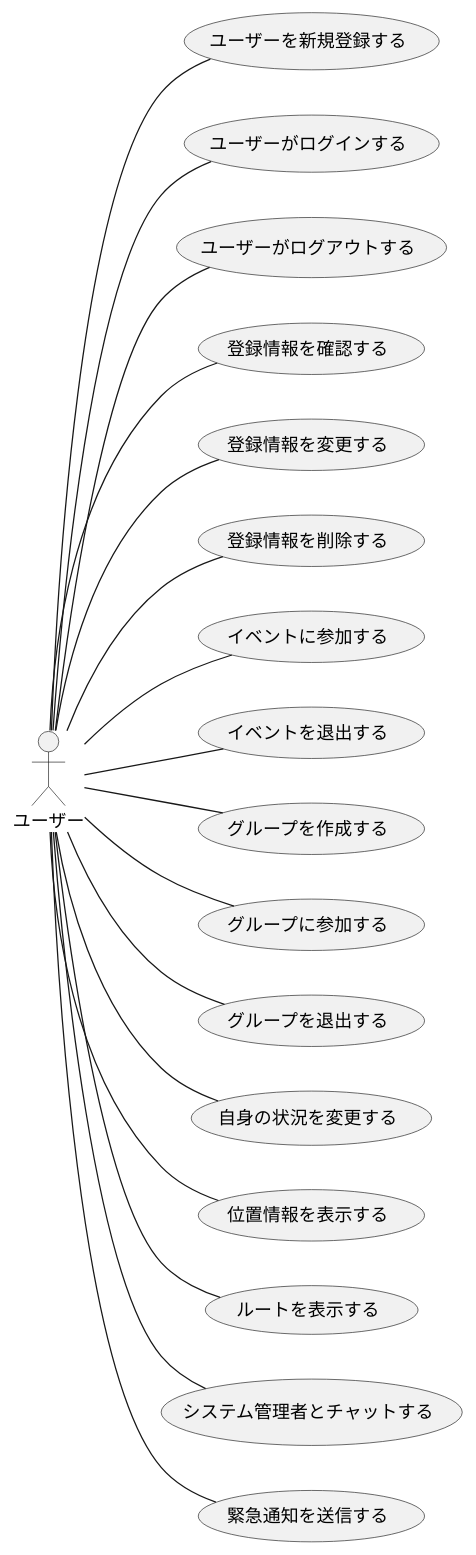
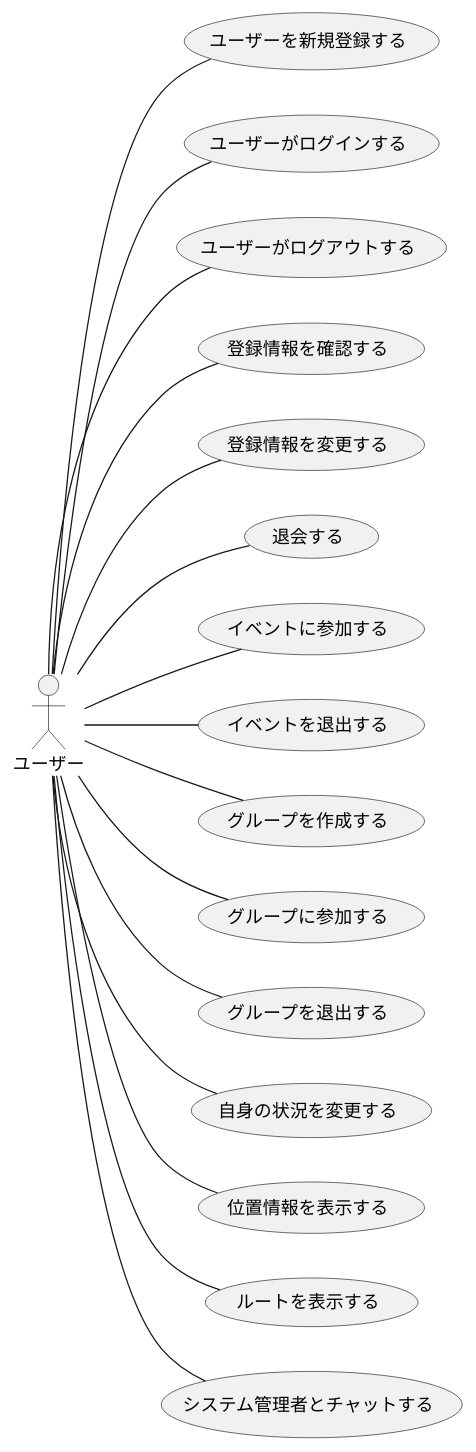
One commit to ksw2270227/GroupF changed the diagram in F_usecase_user.plantuml. Above: the diagram before and after it, drawn with PlantUML. The commit also changed 6 other files, not shown here.

```diff
--- a/F_usecase_user.plantuml
+++ b/F_usecase_user.plantuml
@@ -1,25 +1,24 @@
 @startuml ユースケース
 
 left to right direction
 actor ユーザー
 
 ユーザー -- (ユーザーを新規登録する)
 ユーザー -- (ユーザーがログインする)
 ユーザー -- (ユーザーがログアウトする)
 ユーザー -- (登録情報を確認する)
 ユーザー -- (登録情報を変更する)
-ユーザー -- (登録情報を削除する)
+ユーザー -- (退会する)
 ユーザー -- (イベントに参加する)
 ユーザー -- (イベントを退出する)
 ユーザー -- (グループを作成する)
 ユーザー -- (グループに参加する)
 ユーザー -- (グループを退出する)
 ユーザー -- (自身の状況を変更する)
 ユーザー -- (位置情報を表示する)
 ユーザー -- (ルートを表示する)
 ユーザー -- (システム管理者とチャットする)
-ユーザー -- (緊急通知を送信する)
 
 
 
 @enduml
```
